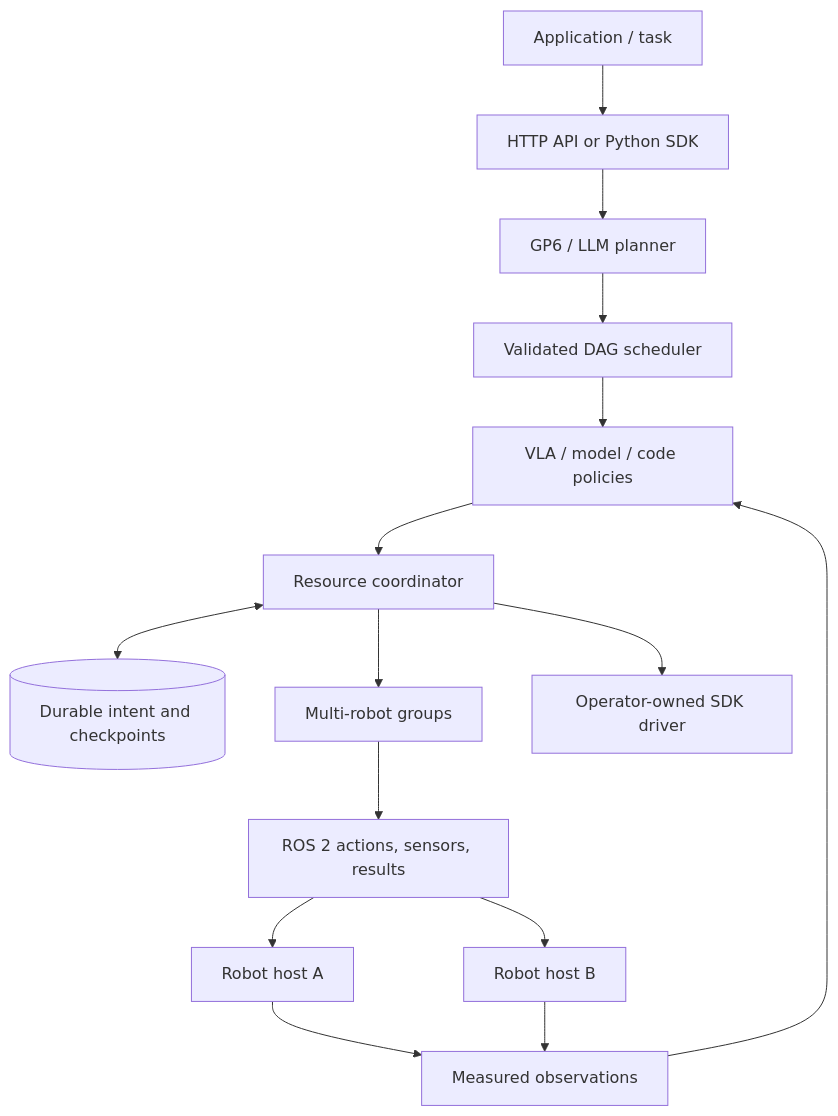
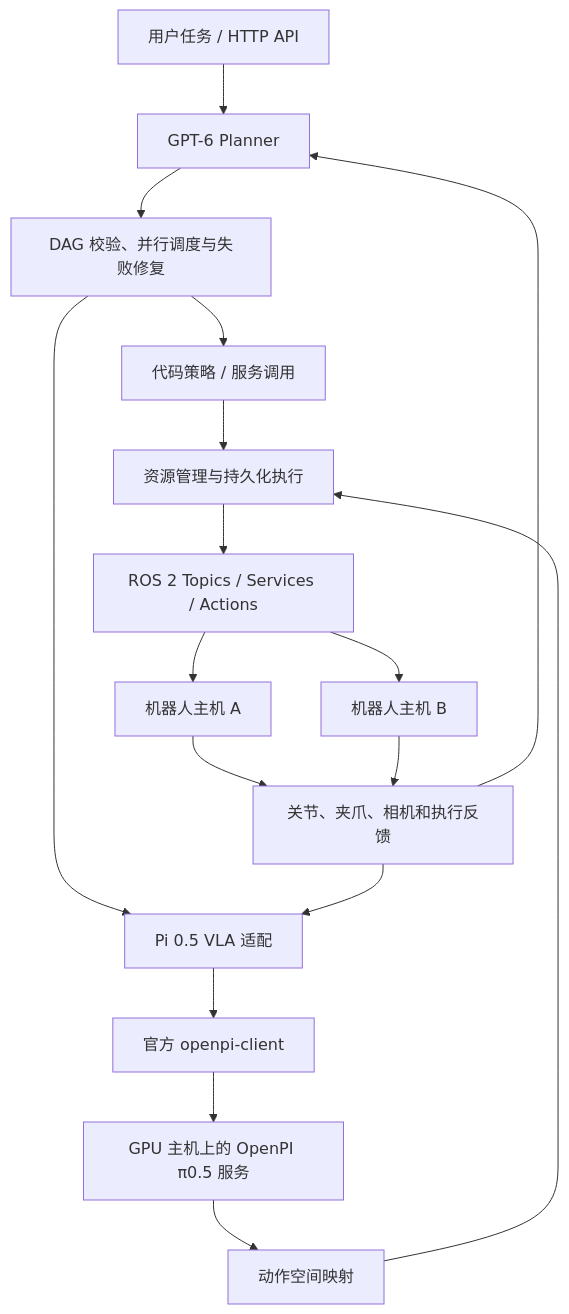
One commit to nssmd/robot-vllm changed the diagram in README.md. Above: the diagram before and after it, drawn with Mermaid. The commit also changed other lines of this file and 23 other files, not shown here.

Commit message:
feat: integrate official OpenPI Pi 0.5 client and runnable ROS quickstart

````diff
--- a/README.md
+++ b/README.md
@@ -14,17 +19,19 @@
 ```mermaid
 flowchart TD
-    User[Application / task] --> API[HTTP API or Python SDK]
-    API --> Planner[GP6 / LLM planner]
-    Planner --> DAG[Validated DAG scheduler]
-    DAG --> Policies[VLA / model / code policies]
-    Policies --> Runtime[Resource coordinator]
-    Runtime <--> State[(Durable intent and checkpoints)]
-    Runtime --> Group[Multi-robot groups]
-    Group --> ROS[ROS 2 actions, sensors, results]
-    Runtime --> SDK[Operator-owned SDK driver]
-    ROS --> A[Robot host A]
-    ROS --> B[Robot host B]
-    A --> Feedback[Measured observations]
-    B --> Feedback
-    Feedback --> Policies
+    Task[用户任务 / HTTP API] --> GPT[GPT-6 Planner]
+    GPT --> DAG[DAG 校验、并行调度与失败修复]
+    DAG --> Code[代码策略 / 服务调用]
+    DAG --> VLA[Pi 0.5 VLA 适配]
+    VLA --> Client[官方 openpi-client]
+    Client --> OpenPI[GPU 主机上的 OpenPI π0.5 服务]
+    OpenPI --> Codec[动作空间映射]
+    Code --> Runtime[资源管理与持久化执行]
+    Codec --> Runtime
+    Runtime --> ROS[ROS 2 Topics / Services / Actions]
+    ROS --> A[机器人主机 A]
+    ROS --> B[机器人主机 B]
+    A --> State[关节、夹爪、相机和执行反馈]
+    B --> State
+    State --> VLA
+    State --> GPT
 ```
````
